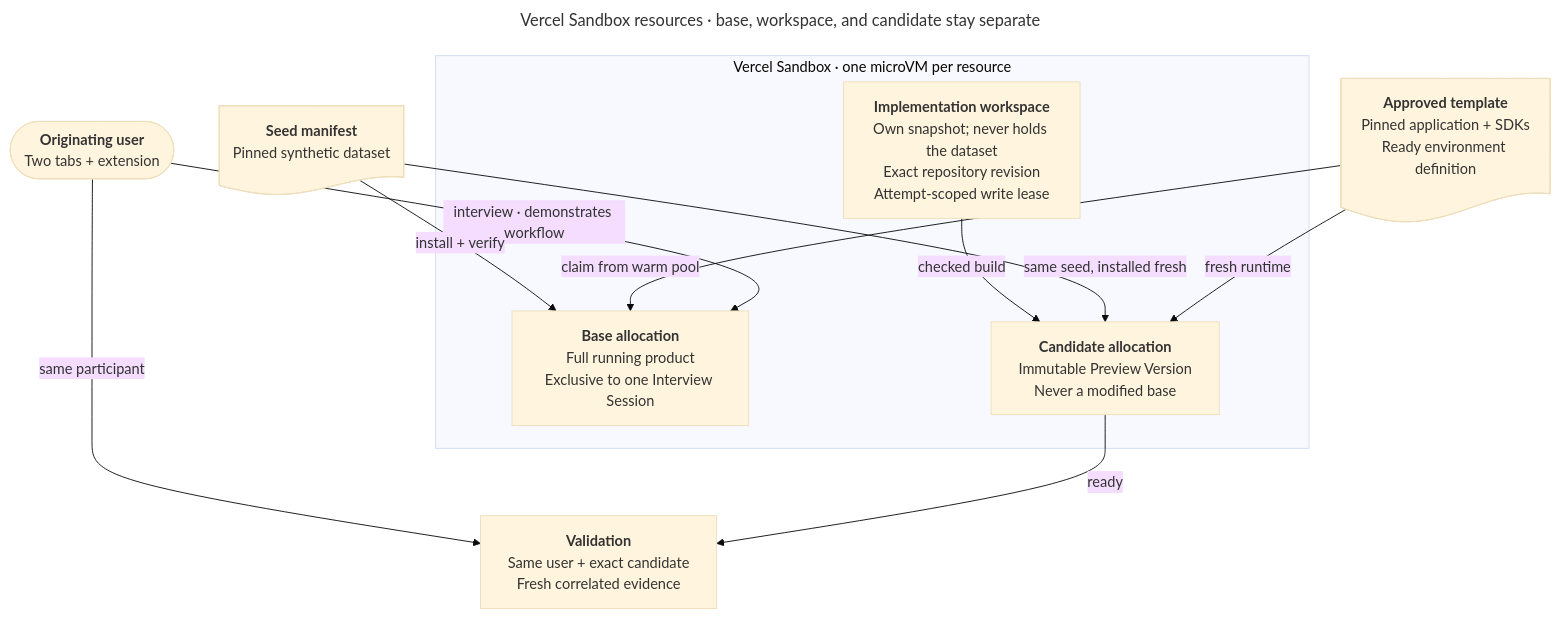
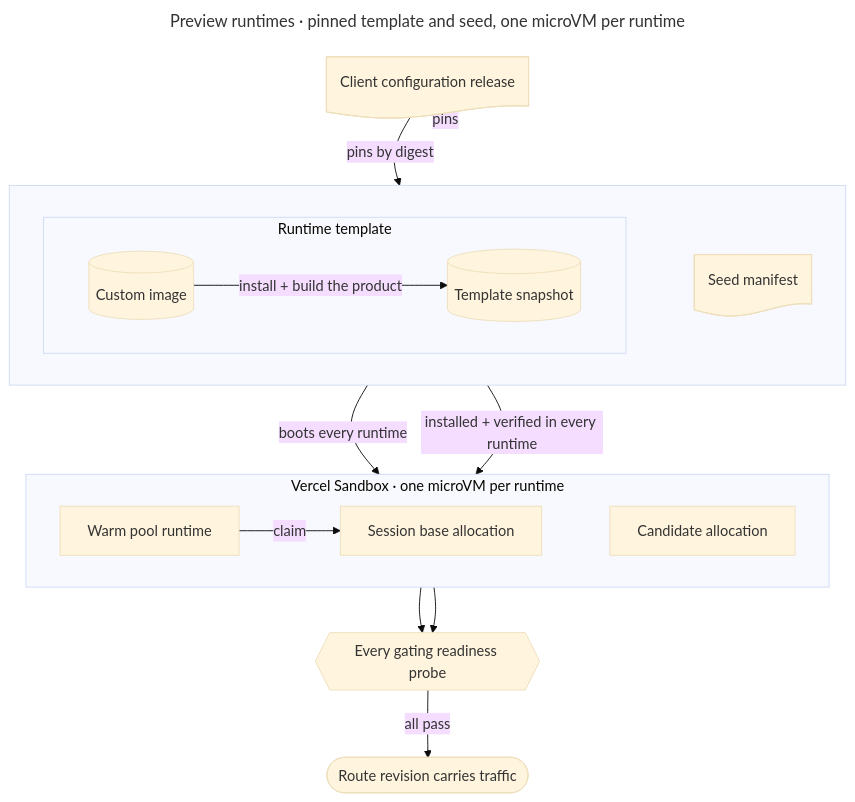
The diagram in docs/diagrams/pele/preview-runtime-and-seeding.mmd (rithm84/userTrace), drawn with Mermaid (base theme) before and after one commit. The commit also changed 628 other files, not shown here.

```diff
--- a/docs/diagrams/pele/preview-runtime-and-seeding.mmd
+++ b/docs/diagrams/pele/preview-runtime-and-seeding.mmd
@@ -1,33 +1,35 @@
 ---
-title: Vercel Sandbox resources · base, workspace, and candidate stay separate
+title: Preview runtimes · pinned template and seed, one microVM per runtime
 ---
 flowchart TB
-  user(["`**Originating user**
-  Two tabs + extension`"]):::people
-  template@{ shape: doc, label: "**Approved template**<br/>Pinned application + SDKs<br/>Ready environment definition" }
-  seed@{ shape: doc, label: "**Seed manifest**<br/>Pinned synthetic dataset" }
-  subgraph sandbox ["Vercel Sandbox · one microVM per resource"]
-    base["`**Base allocation**
-    Full running product
-    Exclusive to one Interview Session`"]:::observation
-    candidate["`**Candidate allocation**
-    Immutable Preview Version
-    Never a modified base`"]:::observation
-    workspace["`**Implementation workspace**
-    Own snapshot; never holds the dataset
-    Exact repository revision
-    Attempt-scoped write lease`"]:::runtime
+  release@{ shape: doc, label: "Client configuration release" }
+  subgraph row_1 [" "]
+    direction LR
+    subgraph template ["Runtime template"]
+      direction LR
+      image[(Custom image)]:::runtime
+      snapshot[(Template snapshot)]:::runtime
+      image -->|install + build the product| snapshot
+    end
+    seed@{ shape: doc, label: "Seed manifest" }
+    template ~~~ seed
   end
-  validation["`**Validation**
-  Same user + exact candidate
-  Fresh correlated evidence`"]:::outcome
+  subgraph sandbox ["Vercel Sandbox · one microVM per runtime"]
+    direction LR
+    pool[Warm pool runtime]:::observation
+    base[Session base allocation]:::observation
+    candidate[Candidate allocation]:::observation
+    pool -->|claim| base
+    base ~~~ candidate
+  end
+  probes{{Every gating readiness probe}}:::gate
+  route([Route revision carries traffic]):::runtime
 
-  user -->|interview · demonstrates workflow| base
-  template -->|claim from warm pool| base
-  seed -->|install + verify| base
-  template -->|fresh runtime| candidate
-  seed -->|same seed, installed fresh| candidate
-  workspace -->|checked build| candidate
-  candidate -->|ready| validation
-  user -->|same participant| validation
-  class template,seed runtime
+  release -->|pins| template
+  release -->|pins by digest| seed
+  snapshot -->|boots every runtime| sandbox
+  seed -->|installed + verified in every runtime| sandbox
+  base --> probes
+  candidate --> probes
+  probes -->|all pass| route
+  class release,seed runtime
```
